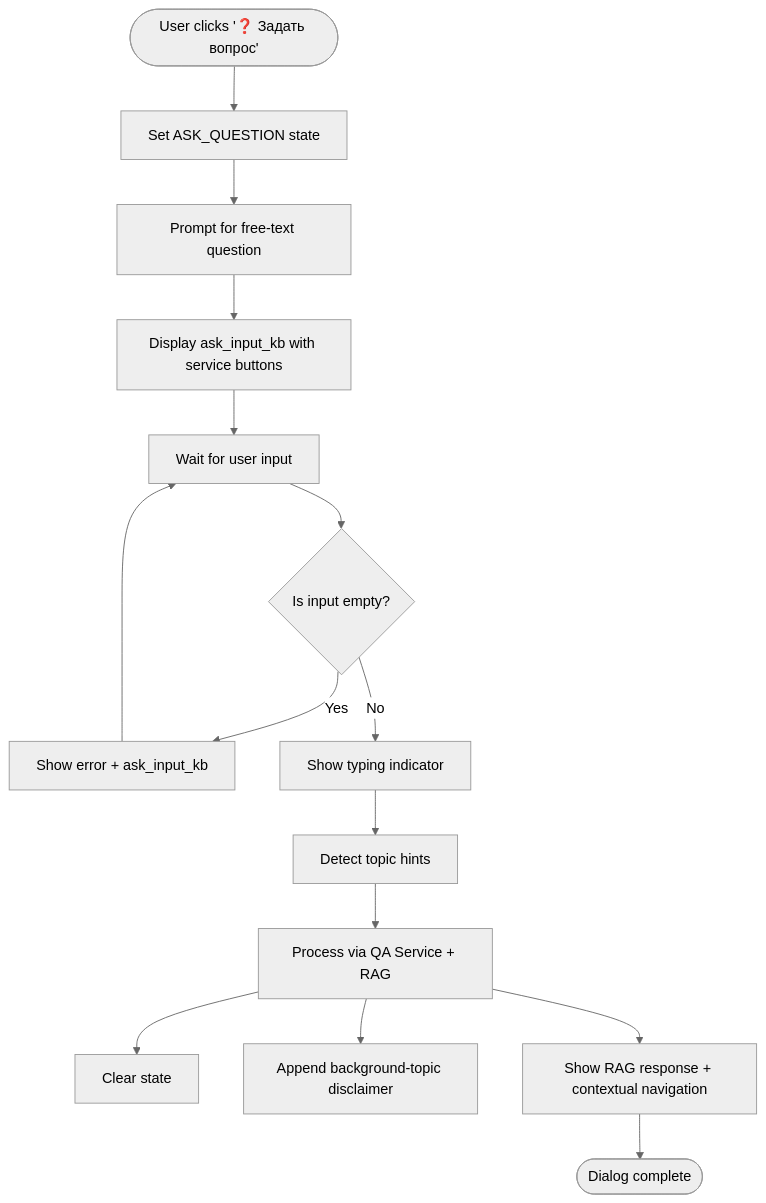
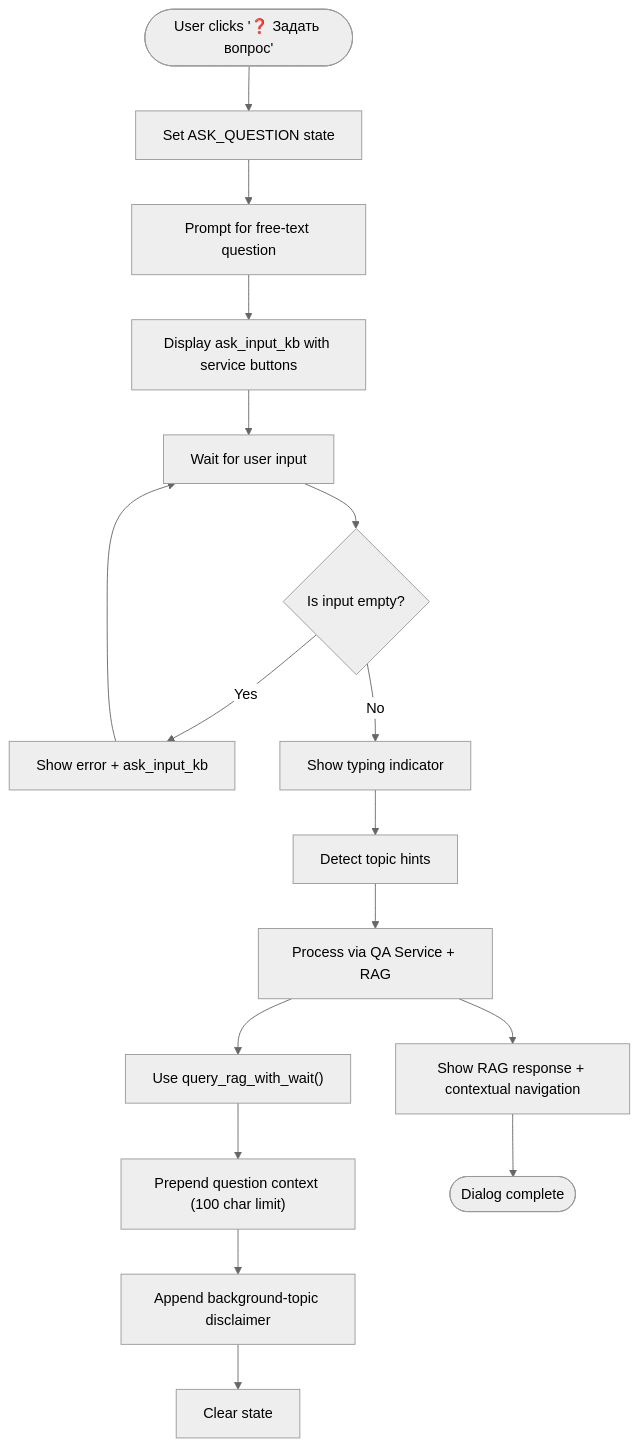
Before and after one commit to ognelis/cafetera_hr_bot: the fourth of 27 diagrams in .qoder/repowiki/en/content/RAG Integration/RAG Integration.md, drawn with Mermaid (neutral theme). The commit also changed other lines of this file and 20 other files, not shown here.

````diff
--- a/.qoder/repowiki/en/content/RAG Integration/RAG Integration.md
+++ b/.qoder/repowiki/en/content/RAG Integration/RAG Integration.md
@@ -391,17 +492,19 @@
 ```mermaid
 flowchart TD
 Start(["User clicks '❓ Задать вопрос'"]) --> SetState["Set ASK_QUESTION state"]
 SetState --> Prompt["Prompt for free-text question"]
 Prompt --> ShowKB["Display ask_input_kb with service buttons"]
 ShowKB --> WaitInput["Wait for user input"]
 WaitInput --> Validate{"Is input empty?"}
 Validate --> |Yes| ShowError["Show error + ask_input_kb"]
 ShowError --> WaitInput
 Validate --> |No| ShowTyping["Show typing indicator"]
 ShowTyping --> DetectTopic["Detect topic hints"]
 DetectTopic --> ProcessQuestion["Process via QA Service + RAG"]
-ProcessQuestion --> ClearState["Clear state"]
-ProcessQuestion --> AppendDisclaimer["Append background-topic disclaimer"]
+ProcessQuestion --> QueryWait["Use query_rag_with_wait()"]
+QueryWait --> PrependQuestion["Prepend question context (100 char limit)"]
+PrependQuestion --> AppendDisclaimer["Append background-topic disclaimer"]
+AppendDisclaimer --> ClearState["Clear state"]
 ProcessQuestion --> ShowResponse["Show RAG response + contextual navigation"]
 ShowResponse --> End(["Dialog complete"])
 ```
````
